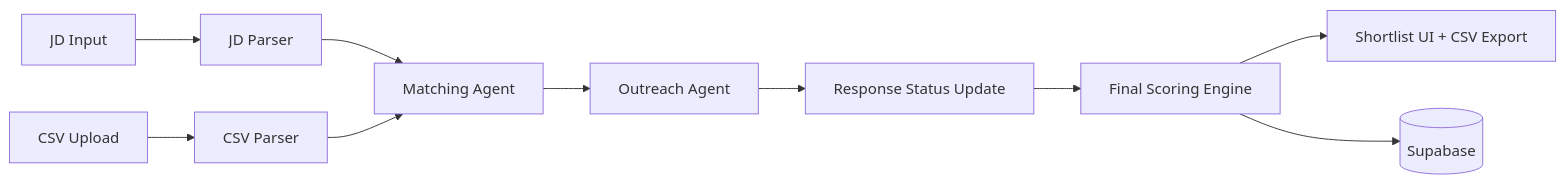
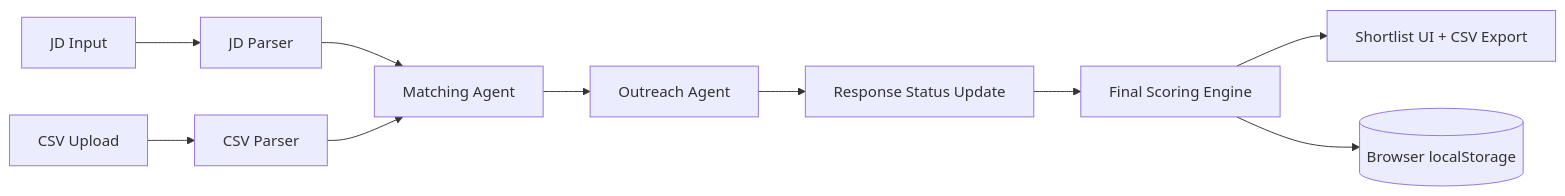
The diagram in docs/ARCHITECTURE.md (Naveenbasireddy/TalentScout-AI-Agent), drawn with Mermaid before and after one commit. The commit also changed other lines of this file and 10 other files, not shown here.

````diff
--- a/docs/ARCHITECTURE.md
+++ b/docs/ARCHITECTURE.md
@@ -19,12 +19,12 @@
 ```mermaid
 flowchart LR
     A[JD Input] --> B[JD Parser]
     C[CSV Upload] --> D[CSV Parser]
     B --> E[Matching Agent]
     D --> E
     E --> F[Outreach Agent]
     F --> G[Response Status Update]
     G --> H[Final Scoring Engine]
     H --> I[Shortlist UI + CSV Export]
-    H --> J[(Supabase)]
+    H --> J[(Browser localStorage)]
 ```
````
